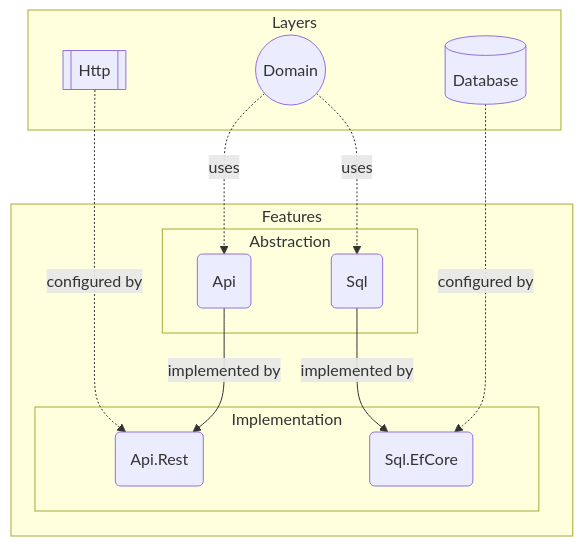
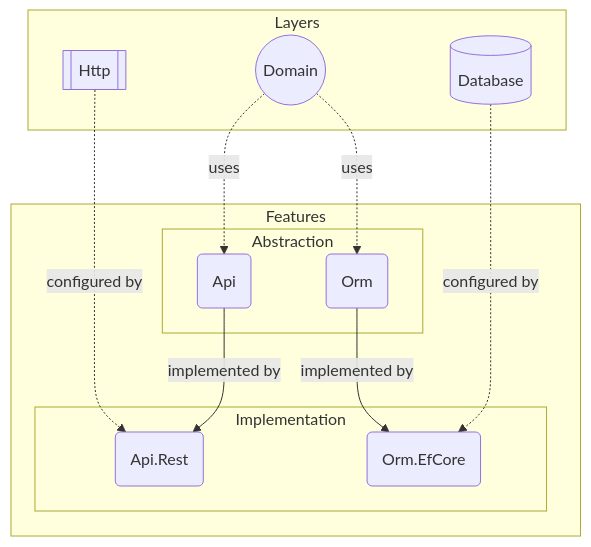
One commit to mouseless/baked changed the fourth of 4 diagrams in docs/architecture/README.md. Above: the diagram before and after it, drawn with Mermaid. The commit also changed other lines of this file and 12 other files, not shown here.

````diff
--- a/docs/architecture/README.md
+++ b/docs/architecture/README.md
@@ -151,27 +151,27 @@
 ```mermaid
 flowchart TB
   subgraph Layers
     H[[Http]]
     D((Domain))
     DB[(Database)]
   end
 
   subgraph Features
     subgraph Abstraction
       A(Api)
-      S(Sql)
+      O(Orm)
     end
 
     subgraph Implementation
       AR(Api.Rest)
-      SE(Sql.EfCore)
+      OE(Orm.EfCore)
     end
   end
 
   H -.configured by.-> AR
   A --implemented by--> AR
   D -.uses.-> A
-  D -.uses.-> S
-  S --implemented by--> SE
-  DB -.configured by.-> SE
+  D -.uses.-> O
+  O --implemented by--> OE
+  DB -.configured by.-> OE
 ```
````
